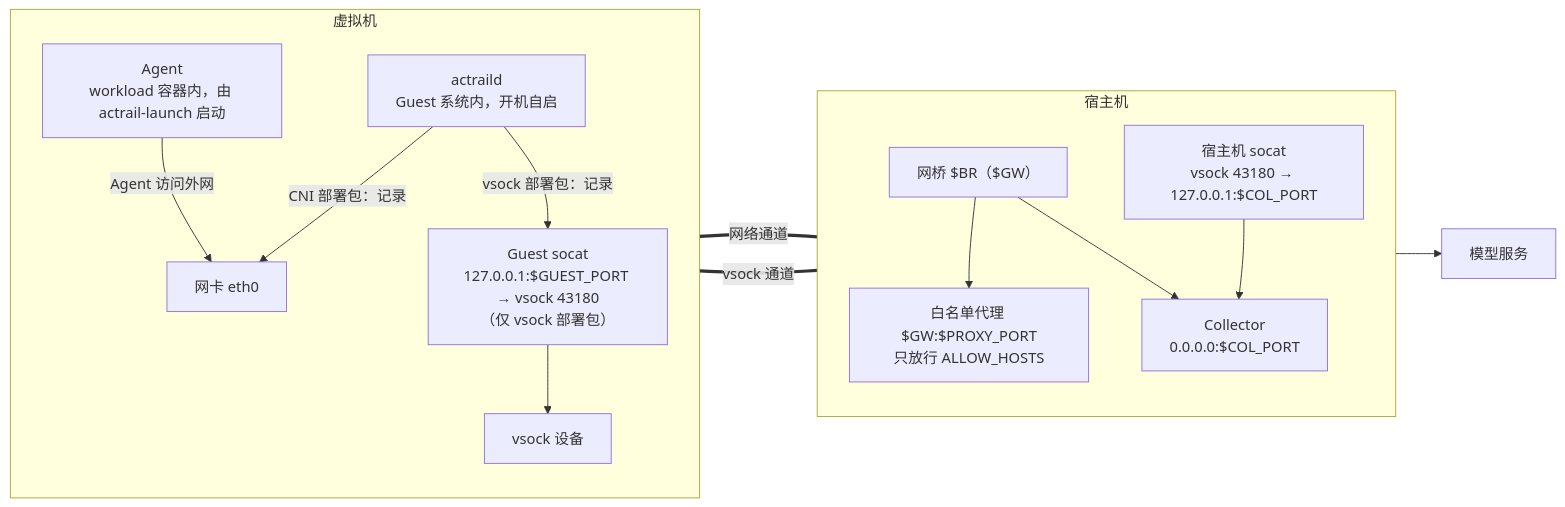
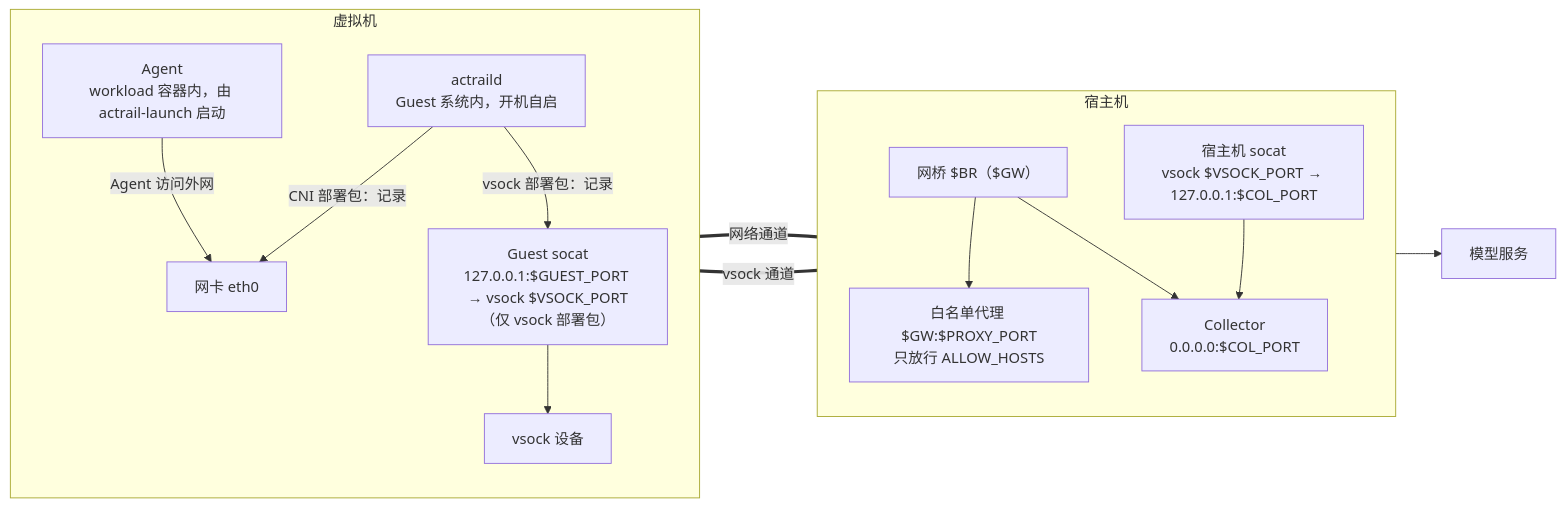
The first of 3 diagrams in docs/operations/deployment/virtual-container.md (openeuler-mirror/AcTrail), drawn with Mermaid before and after one commit. The commit also changed other lines of this file and 331 other files, not shown here.

````diff
--- a/docs/operations/deployment/virtual-container.md
+++ b/docs/operations/deployment/virtual-container.md
@@ -23,28 +23,28 @@
 ```mermaid
 flowchart LR
   subgraph VM["虚拟机"]
     direction TB
     AG["Agent<br/>workload 容器内，由 actrail-launch 启动"]
     D["actraild<br/>Guest 系统内，开机自启"]
-    GSB["Guest socat<br/>127.0.0.1:$GUEST_PORT → vsock 43180<br/>（仅 vsock 部署包）"]
+    GSB["Guest socat<br/>127.0.0.1:$GUEST_PORT → vsock $VSOCK_PORT<br/>（仅 vsock 部署包）"]
     NIC["网卡 eth0"]
     VS["vsock 设备"]
   end
   subgraph HOST["宿主机"]
     direction TB
     BR["网桥 $BR（$GW）"]
     PX["白名单代理 $GW:$PROXY_PORT<br/>只放行 ALLOW_HOSTS"]
-    HSB["宿主机 socat<br/>vsock 43180 → 127.0.0.1:$COL_PORT"]
+    HSB["宿主机 socat<br/>vsock $VSOCK_PORT → 127.0.0.1:$COL_PORT"]
     COL["Collector<br/>0.0.0.0:$COL_PORT"]
   end
   API["模型服务"]
 
   AG -->|"Agent 访问外网"| NIC
   D -->|"CNI 部署包：记录"| NIC
   D -->|"vsock 部署包：记录"| GSB --> VS
   NIC ===|"网络通道"| BR
   VS ===|"vsock 通道"| HSB
   BR --> PX --> API
   BR --> COL
   HSB --> COL
 ```
````
